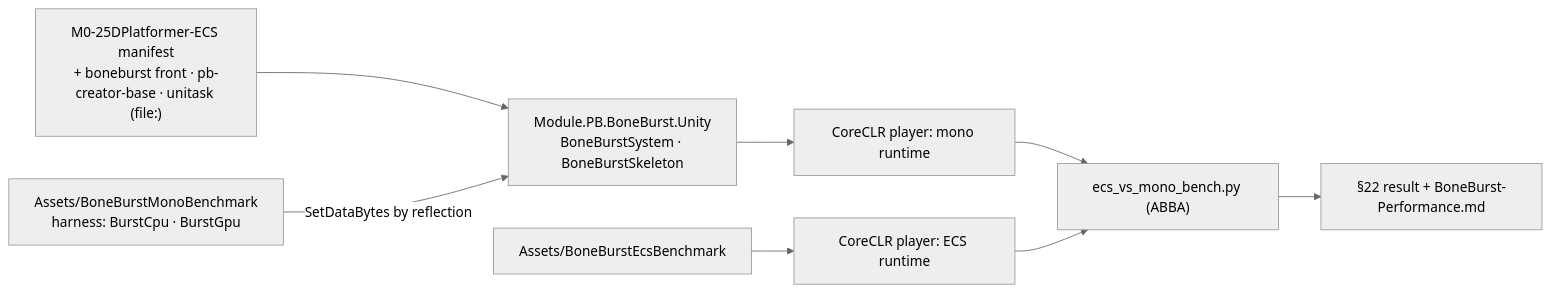
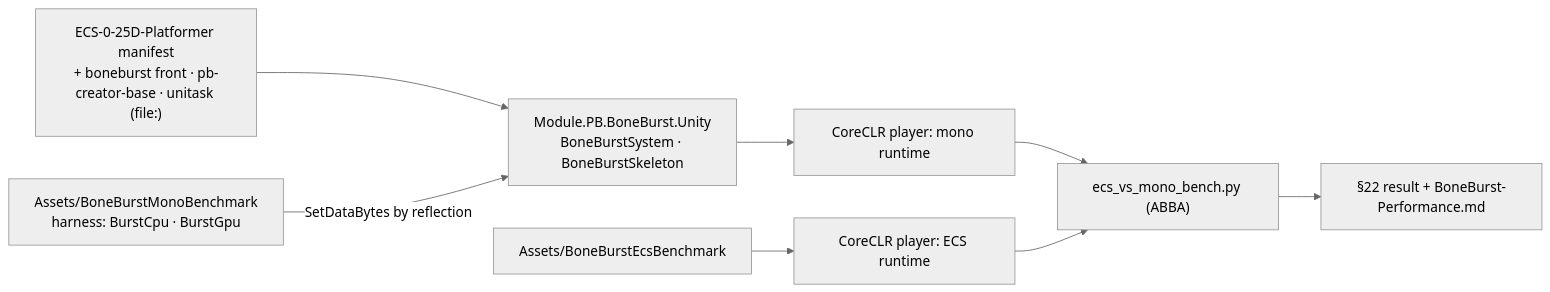
One commit to 12pnp/M0-Animation-2D changed the ninth of 11 diagrams in Packages/com.module.ta-creator-boneburst/Doc/Review/BoneBurst-ECS-Plan.md. Above: the diagram before and after it, drawn with Mermaid (neutral theme). The commit also changed other lines of this file and 7 other files, not shown here.

Commit message:
ECS project moved to ECS-0-25D-Platformer: paths updated; P15 baseline redone at 720p

````diff
--- a/Packages/com.module.ta-creator-boneburst/Doc/Review/BoneBurst-ECS-Plan.md
+++ b/Packages/com.module.ta-creator-boneburst/Doc/Review/BoneBurst-ECS-Plan.md
@@ -546,9 +546,9 @@
 ```mermaid
 flowchart LR
-    M25["M0-25DPlatformer-ECS manifest<br/>+ boneburst front · pb-creator-base · unitask (file:)"] --> FRONT["Module.PB.BoneBurst.Unity<br/>BoneBurstSystem · BoneBurstSkeleton"]
+    M25["ECS-0-25D-Platformer manifest<br/>+ boneburst front · pb-creator-base · unitask (file:)"] --> FRONT["Module.PB.BoneBurst.Unity<br/>BoneBurstSystem · BoneBurstSkeleton"]
     HARN["Assets/BoneBurstMonoBenchmark<br/>harness: BurstCpu · BurstGpu"] -->|"SetDataBytes by reflection"| FRONT
     FRONT --> P1["CoreCLR player: mono runtime"]
     ECSB["Assets/BoneBurstEcsBenchmark"] --> P2["CoreCLR player: ECS runtime"]
     P1 & P2 --> PY["ecs_vs_mono_bench.py (ABBA)"]
     PY --> RES["§22 result + BoneBurst-Performance.md"]
 ```
````
